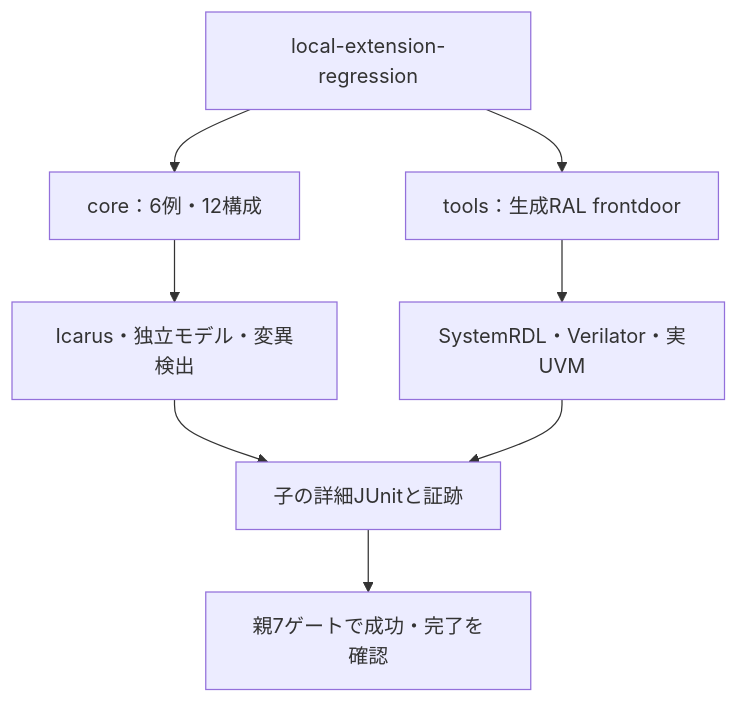
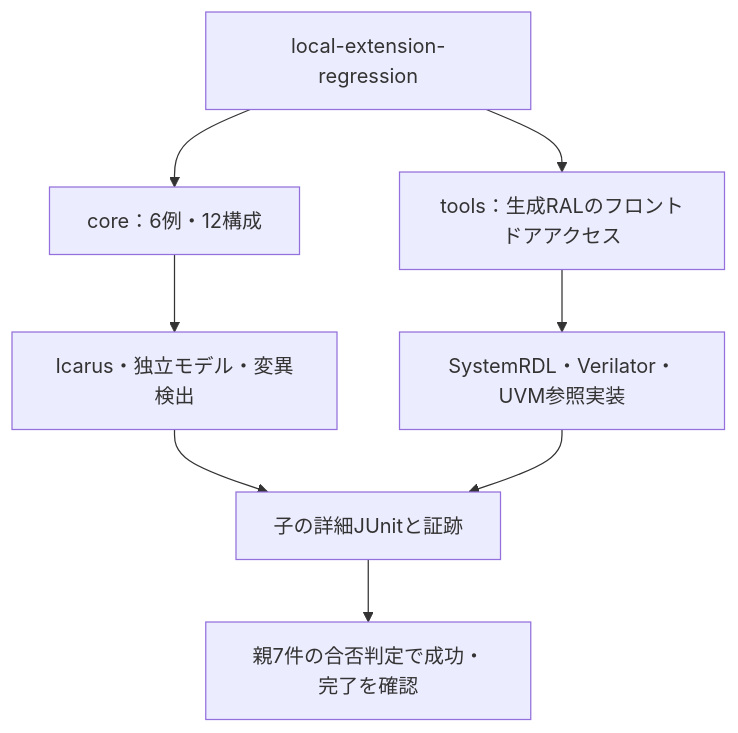
The first of 2 diagrams in examples/local-extension-regression/README.md (kurochan001/lsi-verification-method), drawn with Mermaid before and after one commit. The commit also changed other lines of this file and 91 other files, not shown here.

````diff
--- a/examples/local-extension-regression/README.md
+++ b/examples/local-extension-regression/README.md
@@ -15,12 +15,12 @@
 ```mermaid
 flowchart TD
   accTitle: 7例の実行と集約
-  accDescr: 共通シミュレーション6例と生成RALの実UVM例を別の環境で動かし、各子の完了を確認する。
+  accDescr: 共通シミュレーション6例と生成RALのUVM参照実装例を別の環境で動かし、各子の完了を確認する。
   P["local-extension-regression"] --> C["core：6例・12構成"]
-  P --> U["tools：生成RAL frontdoor"]
+  P --> U["tools：生成RALのフロントドアアクセス"]
   C --> I["Icarus・独立モデル・変異検出"]
-  U --> V["SystemRDL・Verilator・実UVM"]
+  U --> V["SystemRDL・Verilator・UVM参照実装"]
   I --> E["子の詳細JUnitと証跡"]
   V --> E
-  E --> G["親7ゲートで成功・完了を確認"]
+  E --> G["親7件の合否判定で成功・完了を確認"]
 ```
````
